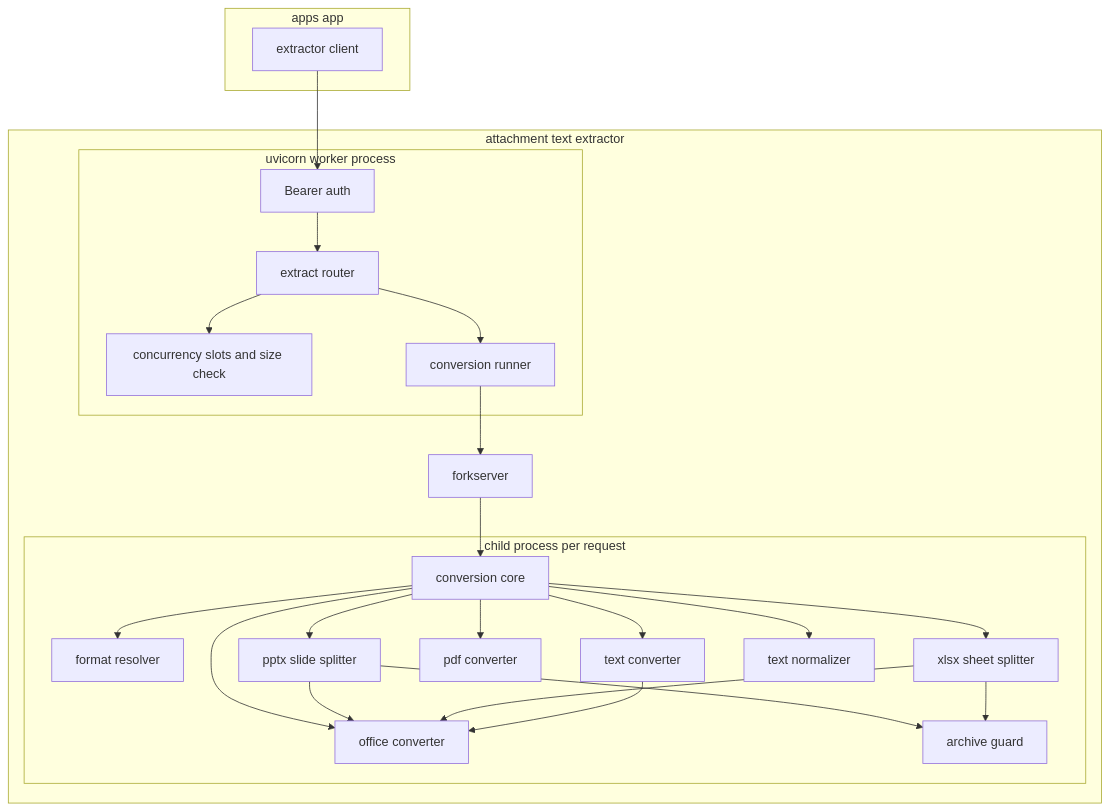
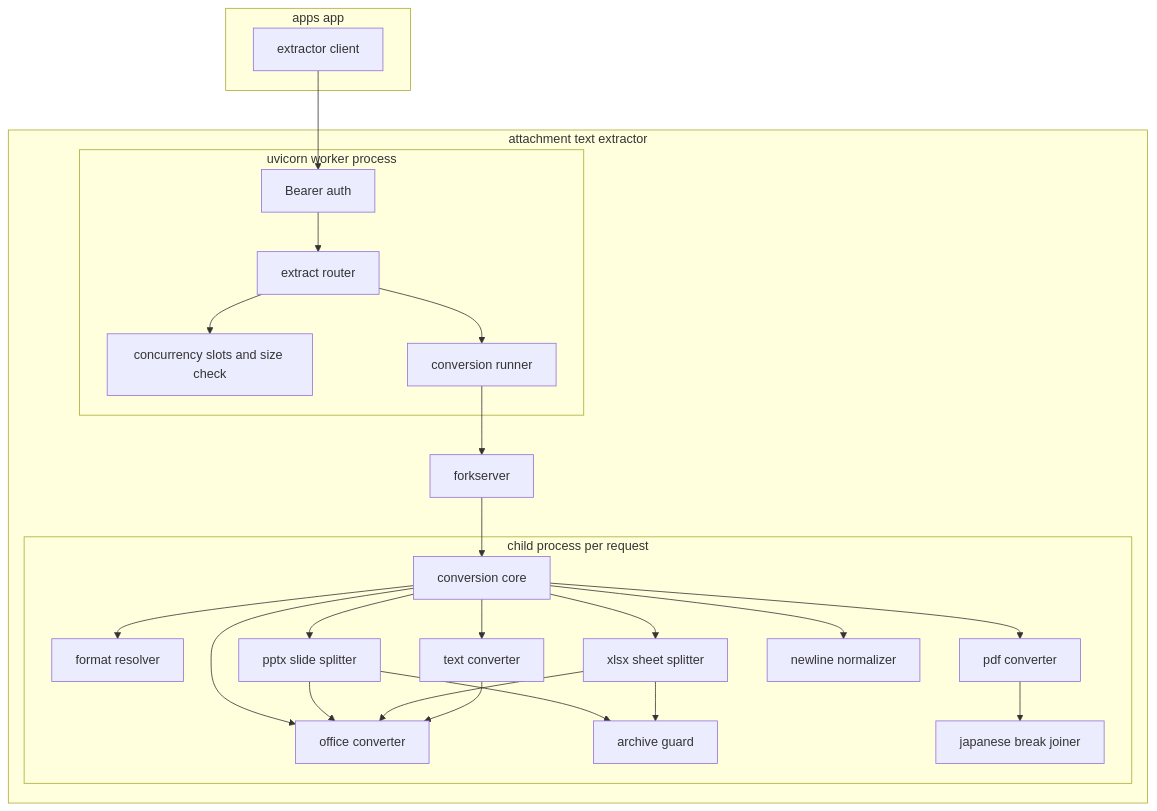
The first of 3 diagrams in .kiro/specs/attachment-search-text-extractor/design.md (growilabs/growi), drawn with Mermaid before and after one commit. The commit also changed other lines of this file and 2 other files, not shown here.

First line of the commit message:
docs(attachment-search-text-extractor): fix XLSX single-sheet rule, labels and normalization scope

````diff
--- a/.kiro/specs/attachment-search-text-extractor/design.md
+++ b/.kiro/specs/attachment-search-text-extractor/design.md
@@ -77,44 +80,46 @@
 ```mermaid
 graph TB
     subgraph app_app [apps app]
         Client[extractor client]
     end
     subgraph service [attachment text extractor]
         subgraph worker [uvicorn worker process]
             Auth[Bearer auth]
             Router[extract router]
             Slots[concurrency slots and size check]
             Runner[conversion runner]
         end
         ForkServer[forkserver]
         subgraph child [child process per request]
             Core[conversion core]
             Resolver[format resolver]
             Office[office converter]
             Pptx[pptx slide splitter]
             Xlsx[xlsx sheet splitter]
             Pdf[pdf converter]
             Text[text converter]
             Guard[archive guard]
-            Normalizer[text normalizer]
+            Normalizer[newline normalizer]
+            Joiner[japanese break joiner]
         end
     end
     Client --> Auth
     Auth --> Router
     Router --> Slots
     Router --> Runner
     Runner --> ForkServer
     ForkServer --> Core
     Core --> Resolver
     Core --> Office
     Core --> Pptx
     Core --> Xlsx
     Core --> Pdf
     Core --> Text
     Pptx --> Guard
     Xlsx --> Guard
     Pptx --> Office
     Xlsx --> Office
     Text --> Office
     Core --> Normalizer
+    Pdf --> Joiner
 ```
````
